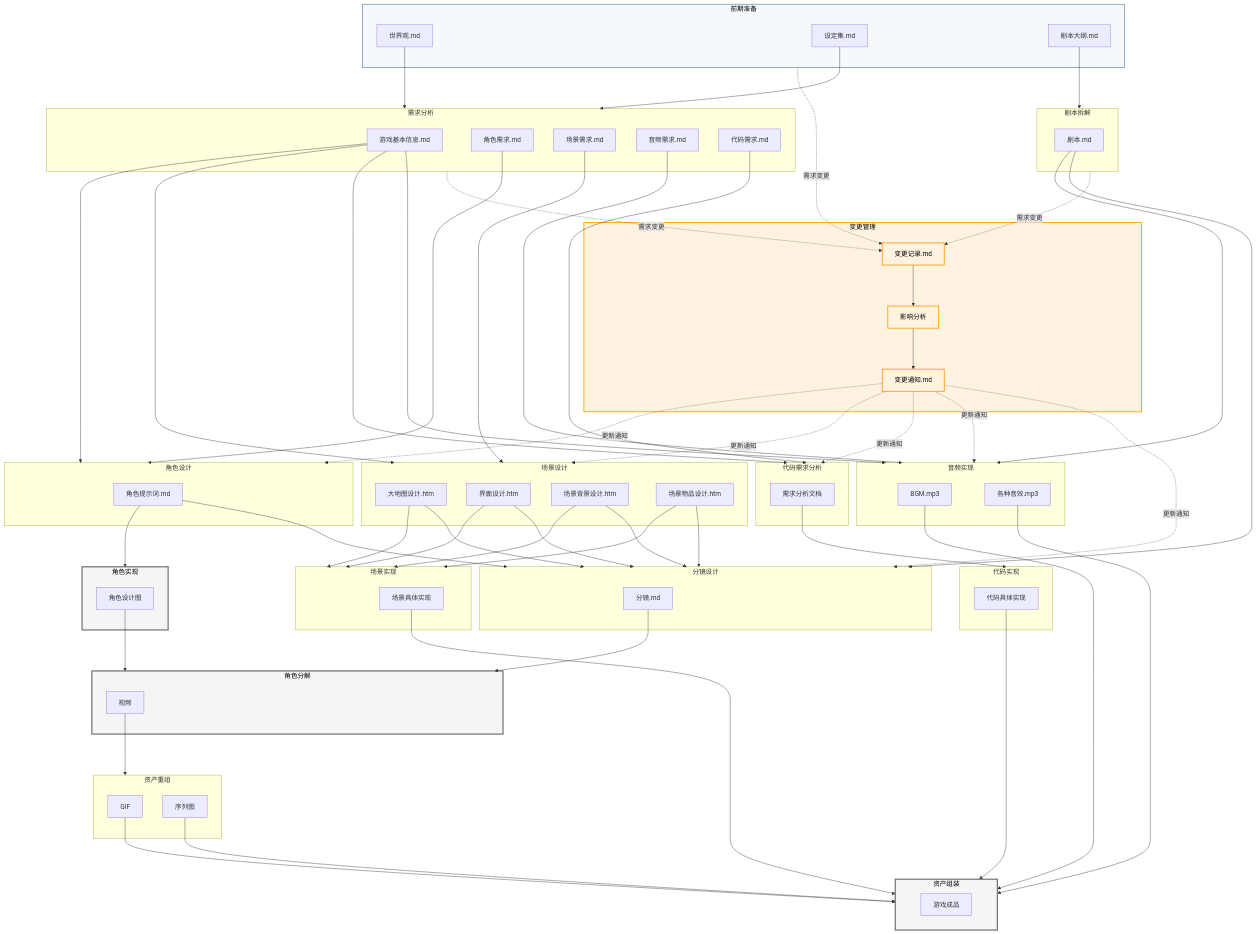
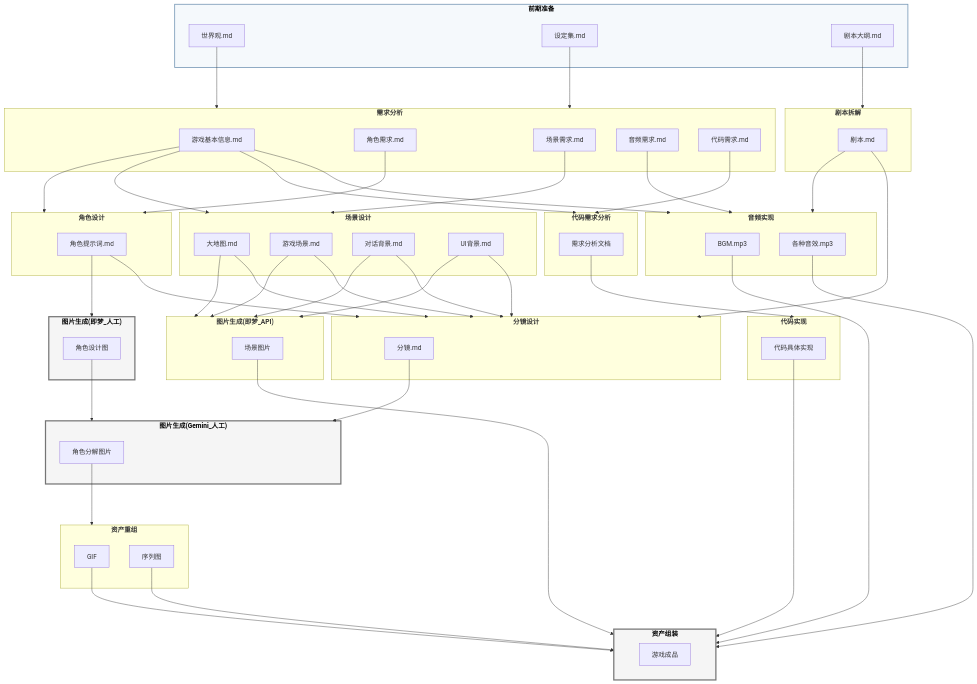
The diagram in README.md (CrazyJinn/AllCopper), drawn with Mermaid before and after one commit. The commit also changed other lines of this file and 75 other files, not shown here.

First line of the commit message:
新增图片生成(即梦_API) skill，优化流程图和场景设计

````diff
--- a/README.md
+++ b/README.md
@@ -3,15 +3,15 @@
 ```mermaid
-%%{init: {'flowchart': {'nodeSpacing': 50, 'rankSpacing': 100, 'curve': 'basis'}}}%%
+%%{init: {'flowchart': {'nodeSpacing': 50, 'rankSpacing': 100, 'curve': 'basis', 'htmlLabels': true}, 'themeVariables': {'nodeTextAlignment': 'center', 'subGraphTitleFontWeight': 'bold'}}}%%
 flowchart TB
     %% ========== 前期准备 ==========
-    subgraph S0前期准备["前期准备"]
+    subgraph S0前期准备["<b>前期准备</b>"]
         A1[世界观.md]
         A2[设定集.md]
         A3[剧本大纲.md]
     end
 
     %% ========== 1. 需求分析 ==========
-    subgraph S1需求分析["需求分析"]
+    subgraph S1需求分析["<b>需求分析</b>"]
         S1O1[游戏基本信息.md]
         S1O2[角色需求.md]
         S1O3[场景需求.md]
@@ -20,76 +20,68 @@
     end
 
     %% ========== 2. 剧本拆解 ==========
-    subgraph S2剧本拆解["剧本拆解"]
+    subgraph S2剧本拆解["<b>剧本拆解</b>"]
         S2O1[剧本.md]
     end
 
     %% ========== 3. 角色设计 ==========
-    subgraph S3角色设计["角色设计"]
+    subgraph S3角色设计["<b>角色设计</b>"]
         S3O1[角色提示词.md]
     end
 
     %% ========== 4. 场景设计 ==========
-    subgraph S4场景设计["场景设计"]
-        S4O1[大地图设计.htm]
-        S4O2[界面设计.htm]
-        S4O3[场景背景设计.htm]
-        S4O4[场景物品设计.htm]
+    subgraph S4场景设计["<b>场景设计</b>"]
+        S4O1[大地图.md]
+        S4O2[游戏场景.md]
+        S4O3[对话背景.md]
+        S4O4[UI背景.md]
     end
 
     %% ========== 5. 代码需求分析 ==========
-    subgraph S5代码需求分析["代码需求分析"]
+    subgraph S5代码需求分析["<b>代码需求分析</b>"]
         S5O1[需求分析文档]
     end
 
     %% ========== 6. 角色实现 ==========
-    subgraph S6角色实现["角色实现"]
+    subgraph S6角色实现["<b>图片生成(即梦_人工)</b>"]
         S6O1[角色设计图]
     end
 
     %% ========== 7. 场景实现 ==========
-    subgraph S7场景实现["场景实现"]
-        S7O1[场景具体实现]
+    subgraph S7场景实现["<b>图片生成(即梦_API)</b>"]
+        S7O1[场景图片]
     end
 
     %% ========== 8. 音频实现 ==========
-    subgraph S8音频实现["音频实现"]
+    subgraph S8音频实现["<b>音频实现</b>"]
         S8O1[BGM.mp3]
         S8O2[各种音效.mp3]
     end
 
     %% ========== 9. 代码实现 ==========
-    subgraph S9代码实现["代码实现"]
+    subgraph S9代码实现["<b>代码实现</b>"]
         S9O1[代码具体实现]
     end
 
     %% ========== 10. 分镜设计 ==========
-    subgraph S10分镜设计["分镜设计"]
+    subgraph S10分镜设计["<b>分镜设计</b>"]
         S10O1[分镜.md]
     end
 
     %% ========== 11. 角色分解 ==========
-    subgraph S11角色分解["角色分解"]
-        S11O1[视频]
+    subgraph S11角色分解["<b>图片生成(Gemini_人工)</b>"]
+        S11O1[角色分解图片]
     end
 
     %% ========== 12. 资产重组 ==========
-    subgraph S12资产重组["资产重组"]
+    subgraph S12资产重组["<b>资产重组</b>"]
         S12O1[GIF]
         S12O2[序列图]
     end
 
     %% ========== 13. 资产组装 ==========
-    subgraph S13资产组装["资产组装"]
+    subgraph S13资产组装["<b>资产组装</b>"]
         S13O1[游戏成品]
-    end
-
-    %% ========== 变更管理 ==========
-    subgraph S14变更管理["变更管理"]
-        CM1[变更记录.md]
-        CM2[影响分析]
-        CM3[变更通知.md]
-        CM1 --> CM2 --> CM3
     end
 
     %% ========== 主流程连接线 ==========
@@ -119,23 +111,10 @@
 
     S7O1 & S8O1 & S8O2 & S9O1 & S12O1 & S12O2 --> S13资产组装
 
-    %% ========== 变更管理连接线 ==========
-    S0前期准备 -.->|需求变更| CM1
-    S1需求分析 -.->|需求变更| CM1
-    S2剧本拆解 -.->|需求变更| CM1
-
-    CM3 -.->|更新通知| S3角色设计
-    CM3 -.->|更新通知| S4场景设计
-    CM3 -.->|更新通知| S5代码需求分析
-    CM3 -.->|更新通知| S8音频实现
-    CM3 -.->|更新通知| S10分镜设计
-
     %% ========== 样式定义 ==========
     classDef manual fill:#f5f5f5,stroke:#757575,stroke-width:3px,color:#000
     classDef input fill:#f5f9fc,stroke:#7a9bb8,stroke-width:2px,color:#000
-    classDef change fill:#fff3e0,stroke:#ff9800,stroke-width:2px,color:#000
 
     class S6角色实现,S11角色分解,S13资产组装 manual
     class S0前期准备 input
-    class S14变更管理,CM1,CM2,CM3 change
 ```
````
